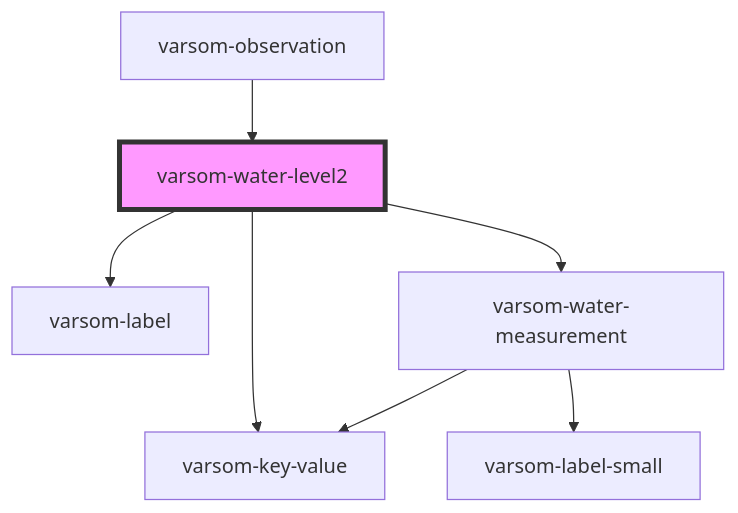
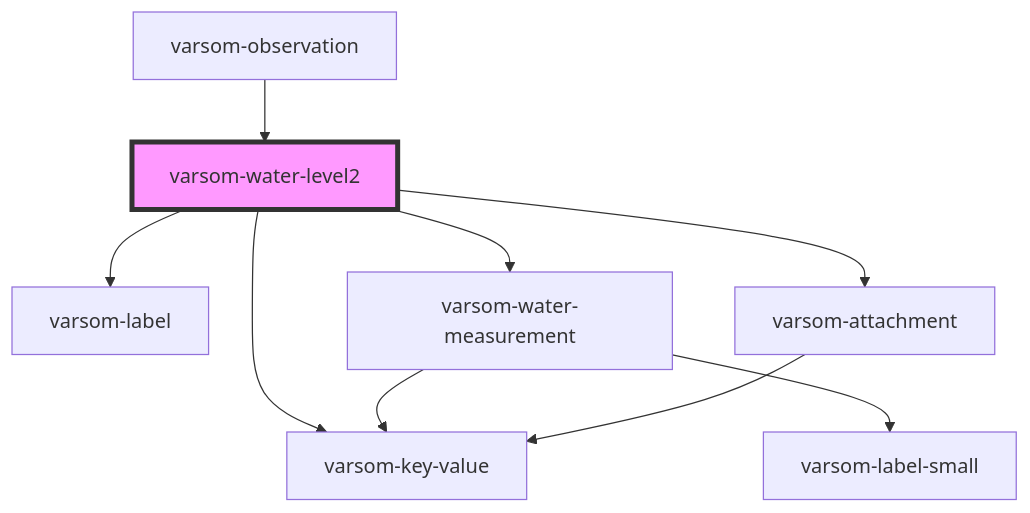
Before and after one commit to NVE/varsom-observation: the diagram in observasjonskort/src/components/varsom-water-level2/readme.md, drawn with Mermaid. The commit also changed other lines of this file and 34 other files, not shown here.

````diff
--- a/observasjonskort/src/components/varsom-water-level2/readme.md
+++ b/observasjonskort/src/components/varsom-water-level2/readme.md
@@ -47,10 +49,12 @@
 ```mermaid
 graph TD;
   varsom-water-level2 --> varsom-label
   varsom-water-level2 --> varsom-key-value
   varsom-water-level2 --> varsom-water-measurement
+  varsom-water-level2 --> varsom-attachment
   varsom-water-measurement --> varsom-label-small
   varsom-water-measurement --> varsom-key-value
+  varsom-attachment --> varsom-key-value
   varsom-observation --> varsom-water-level2
   style varsom-water-level2 fill:#f9f,stroke:#333,stroke-width:4px
 ```
````
